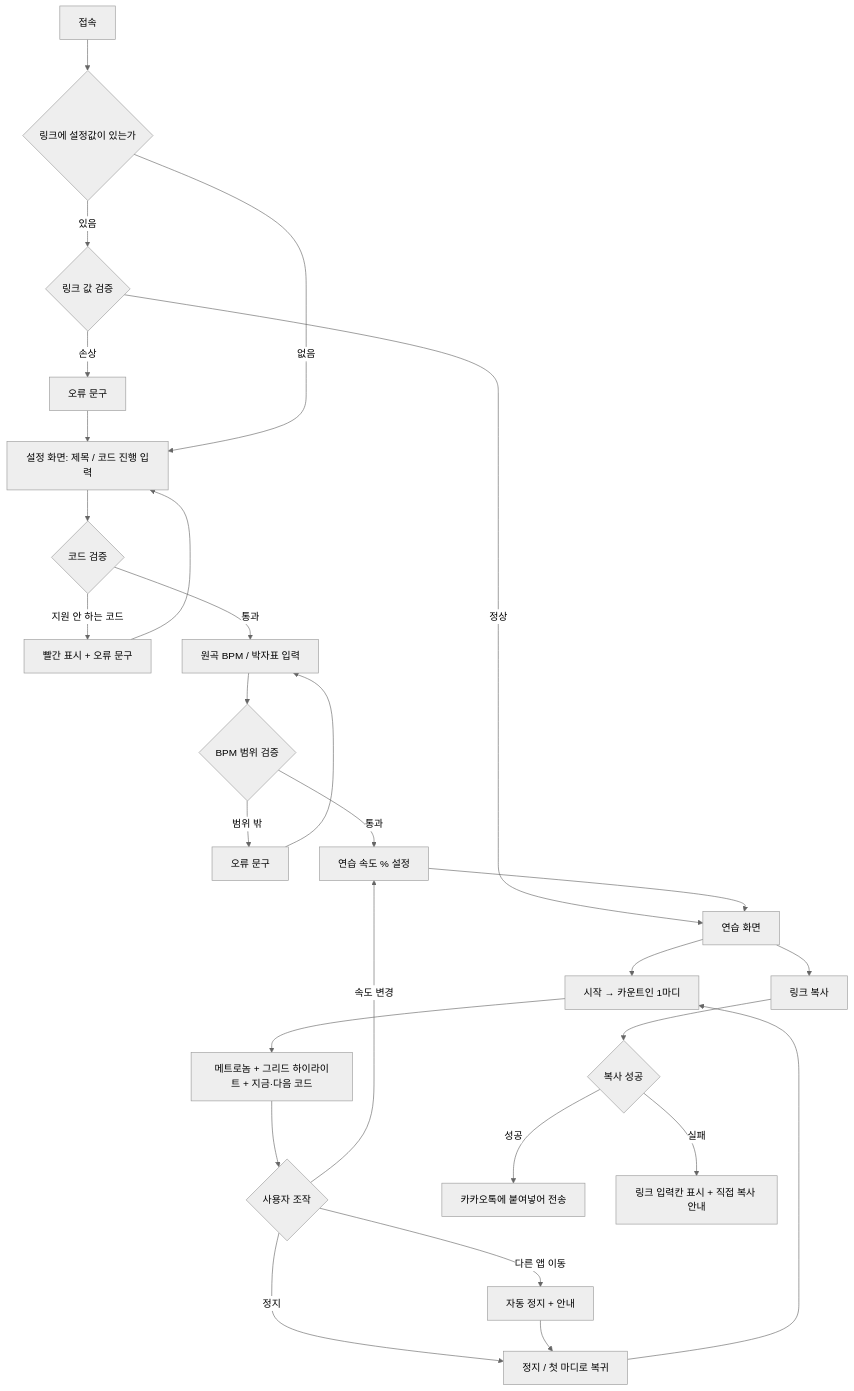
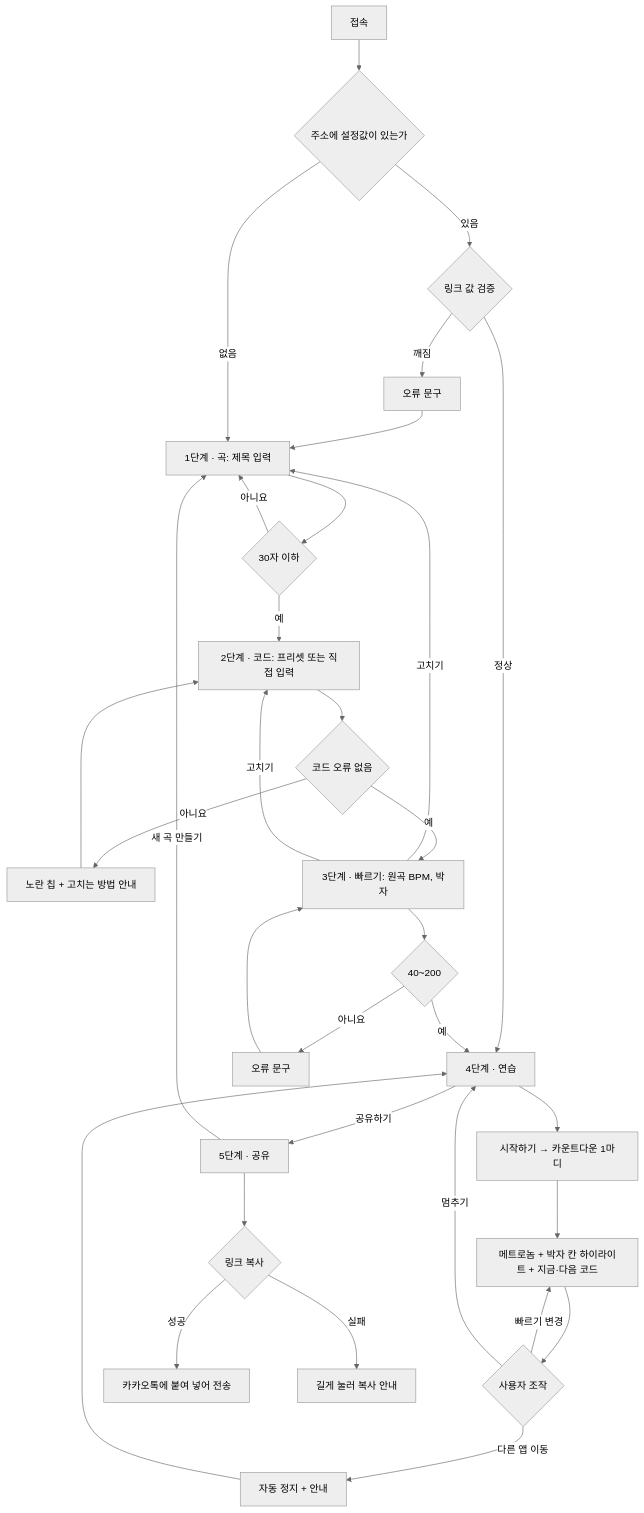
One commit to toothlessispeter/slowstrum changed the diagram in docs/PRD_SlowStrum.md. Above: the diagram before and after it, drawn with Mermaid (neutral theme). The commit also changed other lines of this file, not shown here.

````diff
--- a/docs/PRD_SlowStrum.md
+++ b/docs/PRD_SlowStrum.md
@@ -100,25 +118,30 @@
 ```mermaid
 flowchart TD
-    A[접속] --> B{링크에 설정값이 있는가}
+    A[접속] --> B{주소에 설정값이 있는가}
     B -->|있음| C{링크 값 검증}
-    C -->|손상| D[오류 문구] --> E
-    C -->|정상| L[연습 화면]
-    B -->|없음| E[설정 화면: 제목 / 코드 진행 입력]
-    E --> F{코드 검증}
-    F -->|지원 안 하는 코드| G[빨간 표시 + 오류 문구] --> E
-    F -->|통과| H[원곡 BPM / 박자표 입력]
-    H --> I{BPM 범위 검증}
-    I -->|범위 밖| J[오류 문구] --> H
-    I -->|통과| K[연습 속도 % 설정]
-    K --> L
-    L --> M[시작 → 카운트인 1마디]
-    M --> N[메트로놈 + 그리드 하이라이트 + 지금·다음 코드]
-    N --> O{사용자 조작}
-    O -->|속도 변경| K
-    O -->|정지| P[정지 / 첫 마디로 복귀] --> M
-    O -->|다른 앱 이동| Q[자동 정지 + 안내] --> P
-    L --> R[링크 복사]
-    R --> S{복사 성공}
-    S -->|성공| T[카카오톡에 붙여넣어 전송]
-    S -->|실패| U[링크 입력칸 표시 + 직접 복사 안내]
+    C -->|깨짐| D[오류 문구] --> S1
+    C -->|정상| S4
+    B -->|없음| S1[1단계 · 곡: 제목 입력]
+    S1 --> V1{30자 이하}
+    V1 -->|아니요| S1
+    V1 -->|예| S2[2단계 · 코드: 프리셋 또는 직접 입력]
+    S2 --> V2{코드 오류 없음}
+    V2 -->|아니요| E2[노란 칩 + 고치는 방법 안내] --> S2
+    V2 -->|예| S3[3단계 · 빠르기: 원곡 BPM, 박자]
+    S3 --> V3{40~200}
+    V3 -->|아니요| E3[오류 문구] --> S3
+    V3 -->|예| S4[4단계 · 연습]
+    S3 -->|고치기| S1
+    S3 -->|고치기| S2
+    S4 --> P[시작하기 → 카운트다운 1마디]
+    P --> M[메트로놈 + 박자 칸 하이라이트 + 지금·다음 코드]
+    M --> O{사용자 조작}
+    O -->|빠르기 변경| M
+    O -->|멈추기| S4
+    O -->|다른 앱 이동| Q[자동 정지 + 안내] --> S4
+    S4 -->|공유하기| S5[5단계 · 공유]
+    S5 --> R{링크 복사}
+    R -->|성공| T[카카오톡에 붙여 넣어 전송]
+    R -->|실패| U[길게 눌러 복사 안내]
+    S5 -->|새 곡 만들기| S1
 ```
````
